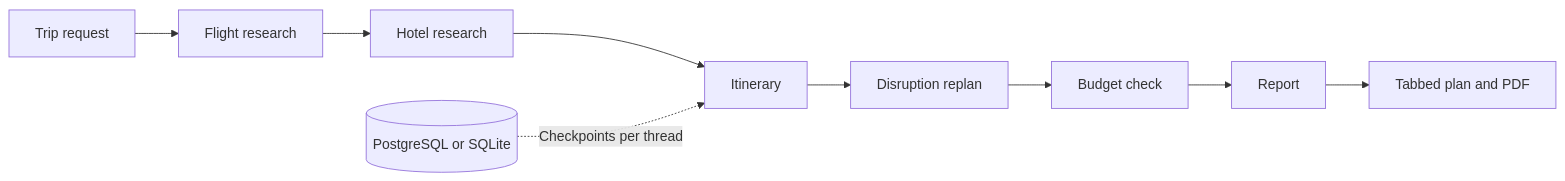
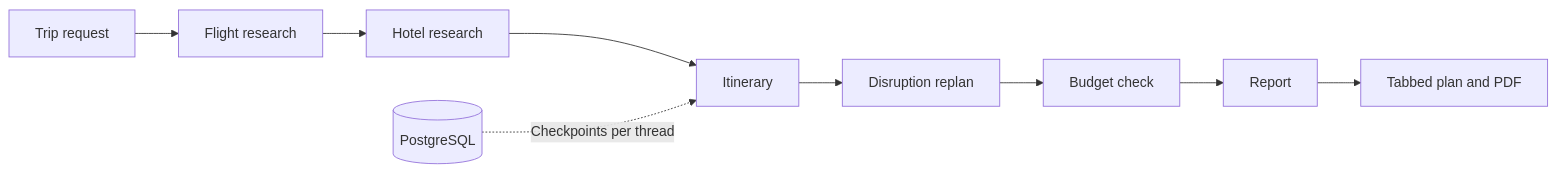
The diagram in README.md (GrrrGe/Voyagent), drawn with Mermaid before and after one commit. The commit also changed other lines of this file, not shown here.

````diff
--- a/README.md
+++ b/README.md
@@ -33,11 +34,11 @@
 ```mermaid
 flowchart LR
     A[Trip request] --> B[Flight research]
     B --> C[Hotel research]
     C --> D[Itinerary]
     D --> E[Disruption replan]
     E --> F[Budget check]
     F --> G[Report]
     G --> H[Tabbed plan and PDF]
-    P[(PostgreSQL or SQLite)] -. Checkpoints per thread .-> D
+    P[(PostgreSQL)] -. Checkpoints per thread .-> D
 ```
````
